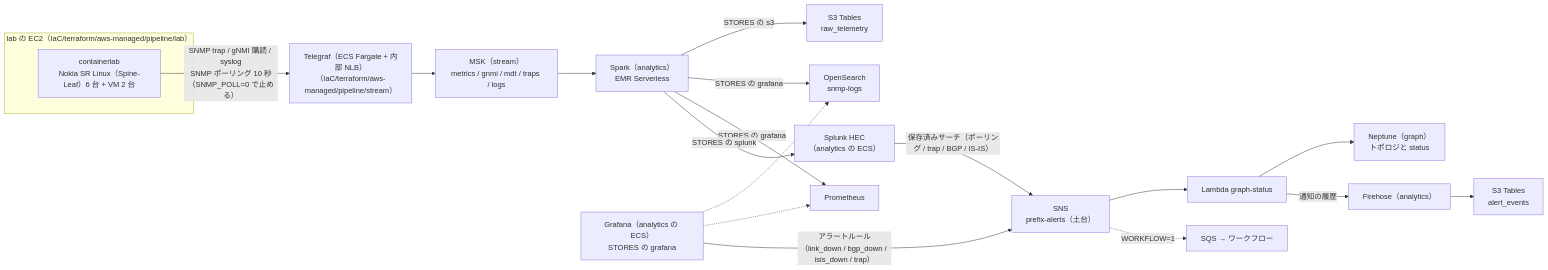
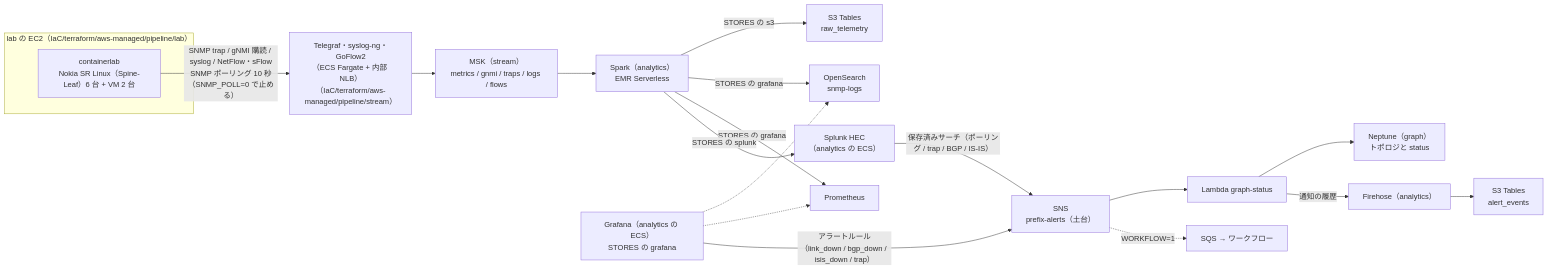
Before and after one commit to eddie-eights/nwc-poc: the first of 2 diagrams in docs/pipeline.md, drawn with Mermaid. The commit also changed other lines of this file and 34 other files, not shown here.

First line of the commit message:
MSK に SASL/SCRAM を足し、syslog-ng と GoFlow2 を立てる（012）commit 4: ops が SCRAM の secret と KMS の鍵を作って消し、syslog-ng と GoFlow2 のイメージと待ちを足し、docs を MDT なし・syslog-ng・GoFlow2 に揃える

````diff
--- a/docs/pipeline.md
+++ b/docs/pipeline.md
@@ -7,20 +7,20 @@
 ```mermaid
 flowchart LR
   subgraph LABEC2["lab の EC2（IaC/terraform/aws-managed/pipeline/lab）"]
     CLAB["containerlab<br/>Nokia SR Linux（Spine-Leaf）6 台 + VM 2 台"]
   end
-  CLAB -->|"SNMP trap / gNMI 購読 / syslog<br/>SNMP ポーリング 10 秒（SNMP_POLL=0 で止める）"| TG["Telegraf（ECS Fargate + 内部 NLB）<br/>（IaC/terraform/aws-managed/pipeline/stream）"]
-  TG --> MSK["MSK（stream）<br/>metrics / gnmi / mdt / traps / logs"]
+  CLAB -->|"SNMP trap / gNMI 購読 / syslog / NetFlow・sFlow<br/>SNMP ポーリング 10 秒（SNMP_POLL=0 で止める）"| TG["Telegraf・syslog-ng・GoFlow2<br/>（ECS Fargate + 内部 NLB）<br/>（IaC/terraform/aws-managed/pipeline/stream）"]
+  TG --> MSK["MSK（stream）<br/>metrics / gnmi / traps / logs / flows"]
   MSK --> SPARK["Spark（analytics）<br/>EMR Serverless"]
   SPARK -->|"STORES の s3"| ICE["S3 Tables<br/>raw_telemetry"]
   SPARK -->|"STORES の grafana"| OS["OpenSearch<br/>snmp-logs"]
   SPARK -->|"STORES の grafana"| PROM["Prometheus"]
   SPARK -->|"STORES の splunk"| SPL["Splunk HEC<br/>（analytics の ECS）"]
   GRAF["Grafana（analytics の ECS）<br/>STORES の grafana"] -.-> OS
   GRAF -.-> PROM
   GRAF -->|"アラートルール（link_down / bgp_down / isis_down / trap）"| SNS["SNS<br/>prefix-alerts（土台）"]
   SPL -->|"保存済みサーチ（ポーリング / trap / BGP / IS-IS）"| SNS
   SNS --> GL["Lambda graph-status"] --> NEP["Neptune（graph）<br/>トポロジと status"]
   GL -->|"通知の履歴"| FH["Firehose（analytics）"] --> AEV["S3 Tables<br/>alert_events"]
   SNS -.->|"WORKFLOW=1"| SQS["SQS → ワークフロー"]
 ```
````
